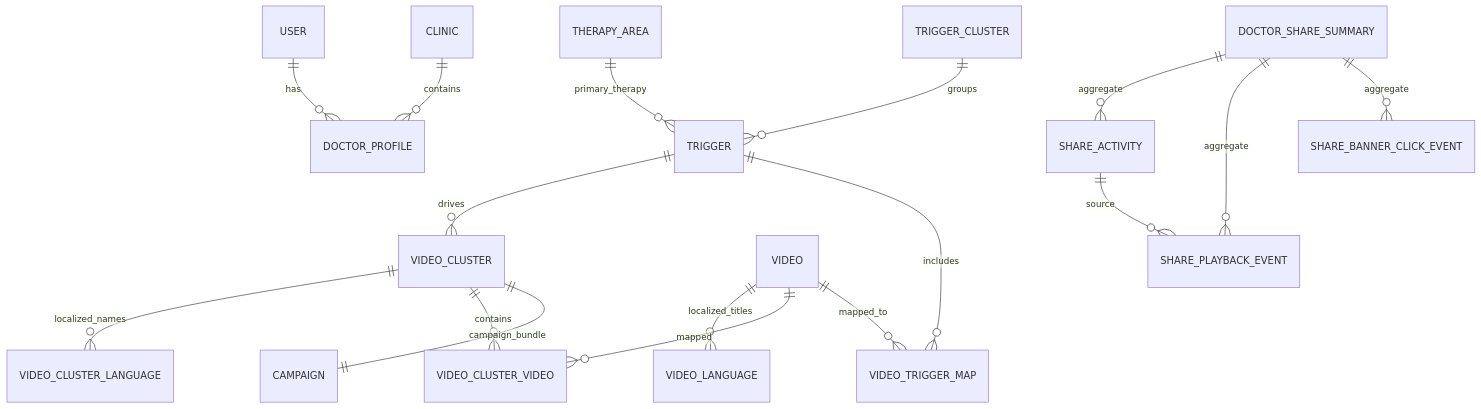
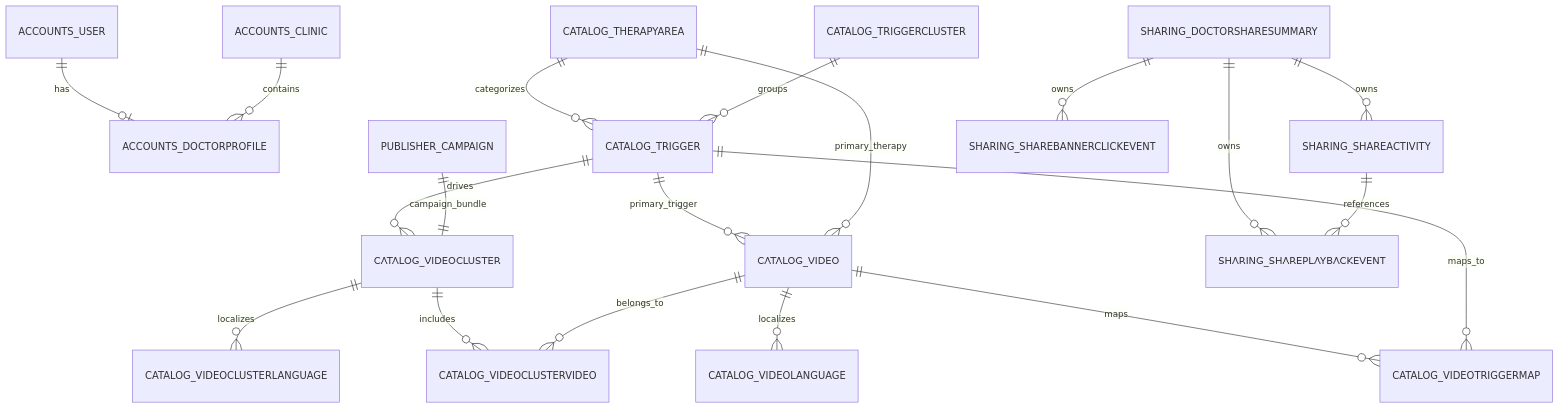
Before and after one commit to gopalakrishnanplus-creator/peds_edu_app-codex: the fourth of 8 diagrams in README.md, drawn with Mermaid. The commit also changed other lines of this file, not shown here.

````diff
--- a/README.md
+++ b/README.md
@@ -382,25 +442,25 @@
 ```mermaid
 erDiagram
-  USER ||--o{ DOCTOR_PROFILE : has
-  CLINIC ||--o{ DOCTOR_PROFILE : contains
+  ACCOUNTS_USER ||--o| ACCOUNTS_DOCTORPROFILE : has
+  ACCOUNTS_CLINIC ||--o{ ACCOUNTS_DOCTORPROFILE : contains
 
-  THERAPY_AREA ||--o{ TRIGGER : primary_therapy
-  TRIGGER_CLUSTER ||--o{ TRIGGER : groups
+  CATALOG_THERAPYAREA ||--o{ CATALOG_TRIGGER : categorizes
+  CATALOG_TRIGGERCLUSTER ||--o{ CATALOG_TRIGGER : groups
+  CATALOG_TRIGGER ||--o{ CATALOG_VIDEOCLUSTER : drives
+  CATALOG_TRIGGER ||--o{ CATALOG_VIDEO : primary_trigger
+  CATALOG_THERAPYAREA ||--o{ CATALOG_VIDEO : primary_therapy
 
-  TRIGGER ||--o{ VIDEO_CLUSTER : drives
-  VIDEO ||--o{ VIDEO_LANGUAGE : localized_titles
-  VIDEO_CLUSTER ||--o{ VIDEO_CLUSTER_LANGUAGE : localized_names
+  CATALOG_VIDEO ||--o{ CATALOG_VIDEOLANGUAGE : localizes
+  CATALOG_VIDEOCLUSTER ||--o{ CATALOG_VIDEOCLUSTERLANGUAGE : localizes
+  CATALOG_VIDEOCLUSTER ||--o{ CATALOG_VIDEOCLUSTERVIDEO : includes
+  CATALOG_VIDEO ||--o{ CATALOG_VIDEOCLUSTERVIDEO : belongs_to
+  CATALOG_VIDEO ||--o{ CATALOG_VIDEOTRIGGERMAP : maps
+  CATALOG_TRIGGER ||--o{ CATALOG_VIDEOTRIGGERMAP : maps_to
 
-  VIDEO ||--o{ VIDEO_CLUSTER_VIDEO : mapped
-  VIDEO_CLUSTER ||--o{ VIDEO_CLUSTER_VIDEO : contains
+  PUBLISHER_CAMPAIGN ||--|| CATALOG_VIDEOCLUSTER : campaign_bundle
 
-  VIDEO ||--o{ VIDEO_TRIGGER_MAP : mapped_to
-  TRIGGER ||--o{ VIDEO_TRIGGER_MAP : includes
-
-  VIDEO_CLUSTER ||--|| CAMPAIGN : campaign_bundle
-
-  DOCTOR_SHARE_SUMMARY ||--o{ SHARE_ACTIVITY : aggregate
-  DOCTOR_SHARE_SUMMARY ||--o{ SHARE_PLAYBACK_EVENT : aggregate
-  DOCTOR_SHARE_SUMMARY ||--o{ SHARE_BANNER_CLICK_EVENT : aggregate
-  SHARE_ACTIVITY ||--o{ SHARE_PLAYBACK_EVENT : source
+  SHARING_DOCTORSHARESUMMARY ||--o{ SHARING_SHAREACTIVITY : owns
+  SHARING_DOCTORSHARESUMMARY ||--o{ SHARING_SHAREPLAYBACKEVENT : owns
+  SHARING_DOCTORSHARESUMMARY ||--o{ SHARING_SHAREBANNERCLICKEVENT : owns
+  SHARING_SHAREACTIVITY ||--o{ SHARING_SHAREPLAYBACKEVENT : references
 ```
````
